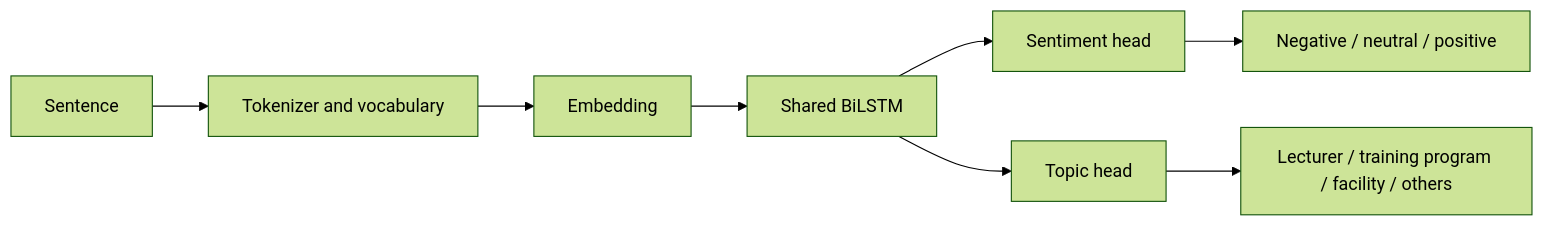
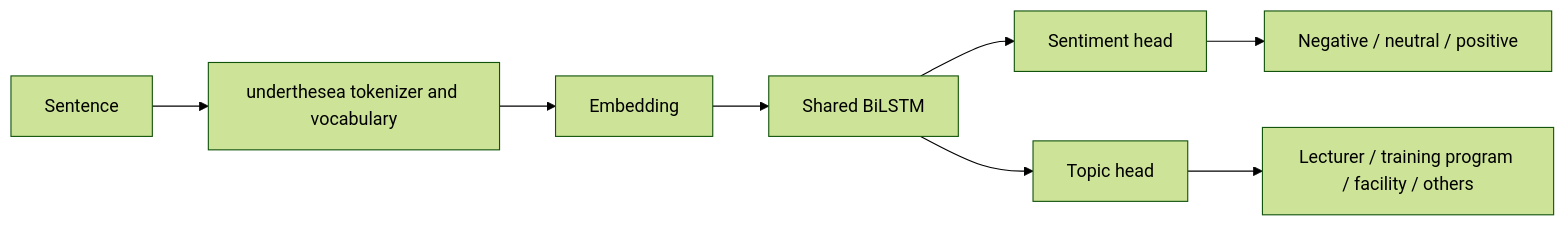
One commit to nhatdevzizi/ABSA changed the second of 2 diagrams in WORKFLOW.md. Above: the diagram before and after it, drawn with Mermaid (forest theme). The commit also changed other lines of this file and 2 other files, not shown here.

````diff
--- a/WORKFLOW.md
+++ b/WORKFLOW.md
@@ -30,10 +30,10 @@
 ```mermaid
 graph LR
-    S[Sentence] --> T[Tokenizer and vocabulary]
+    S[Sentence] --> T[underthesea tokenizer and vocabulary]
     T --> E[Embedding]
     E --> L[Shared BiLSTM]
     L --> SH[Sentiment head]
     L --> TH[Topic head]
     SH --> SL[Negative / neutral / positive]
     TH --> TL[Lecturer / training program / facility / others]
 ```
````
